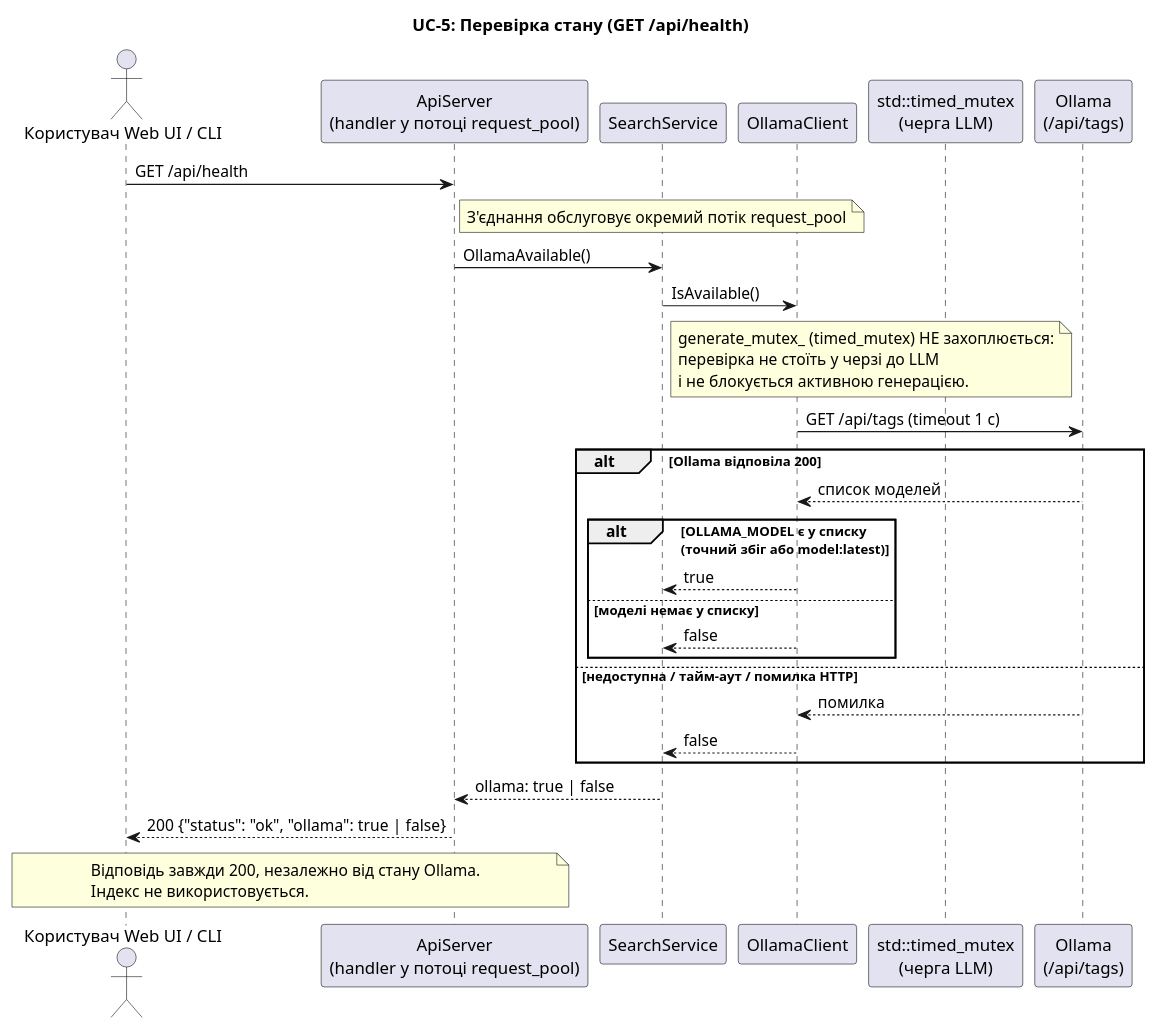
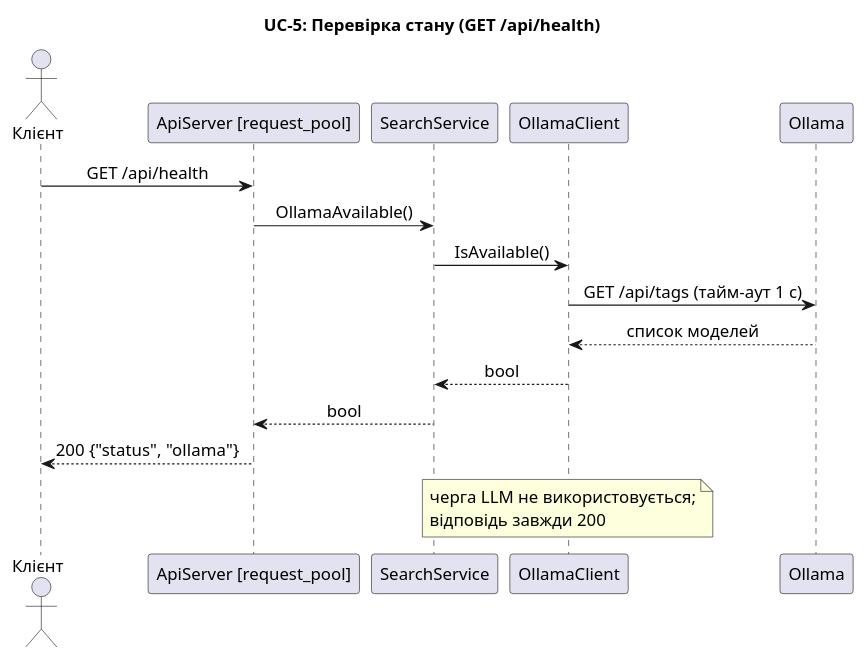
Before and after one commit to DariaMelnyk0206/course_work_parallel_computing: the diagram in docs/uml/sequence_uc5_health.puml, drawn with PlantUML. The commit also changed 18 other files, not shown here.

Commit message:
docs(uml): make all diagrams readable

```diff
--- a/docs/uml/sequence_uc5_health.puml
+++ b/docs/uml/sequence_uc5_health.puml
@@ -1,40 +1,21 @@
 @startuml sequence_uc5_health
 title UC-5: Перевірка стану (GET /api/health)
-skinparam responseMessageBelowArrow true
-actor "Користувач Web UI / CLI" as User
-participant "ApiServer\n(handler у потоці request_pool)" as Api
-participant "SearchService" as Svc
-participant "OllamaClient" as Ollama
-participant "std::timed_mutex\n(черга LLM)" as Mtx
-participant "Ollama\n(/api/tags)" as Llm
-
-User -> Api : GET /api/health
-note right of Api
-  З'єднання обслуговує окремий потік request_pool
-end note
-Api -> Svc : OllamaAvailable()
-Svc -> Ollama : IsAvailable()
-note over Ollama, Mtx
-  generate_mutex_ (timed_mutex) НЕ захоплюється:
-  перевірка не стоїть у черзі до LLM
-  і не блокується активною генерацією.
-end note
-Ollama -> Llm : GET /api/tags (timeout 1 с)
-alt Ollama відповіла 200
-  Llm --> Ollama : список моделей
-  alt OLLAMA_MODEL є у списку\n(точний збіг або model:latest)
-    Ollama --> Svc : true
-  else моделі немає у списку
-    Ollama --> Svc : false
-  end
-else недоступна / тайм-аут / помилка HTTP
-  Llm --> Ollama : помилка
-  Ollama --> Svc : false
-end
-Svc --> Api : ollama: true | false
-Api --> User : 200 {"status": "ok", "ollama": true | false}
-note over User, Api
-  Відповідь завжди 200, незалежно від стану Ollama.
-  Індекс не використовується.
-end note
+skinparam shadowing false
+skinparam sequenceMessageAlign center
+skinparam defaultFontSize 14
+skinparam maxMessageSize 260
+actor "Клієнт" as C
+participant "ApiServer [request_pool]" as A
+participant SearchService as S
+participant OllamaClient as O
+participant Ollama as L
+C -> A : GET /api/health
+A -> S : OllamaAvailable()
+S -> O : IsAvailable()
+O -> L : GET /api/tags (тайм-аут 1 с)
+L --> O : список моделей
+O --> S : bool
+S --> A : bool
+A --> C : 200 {"status", "ollama"}
+note over O : черга LLM не використовується;\nвідповідь завжди 200
 @enduml
```
